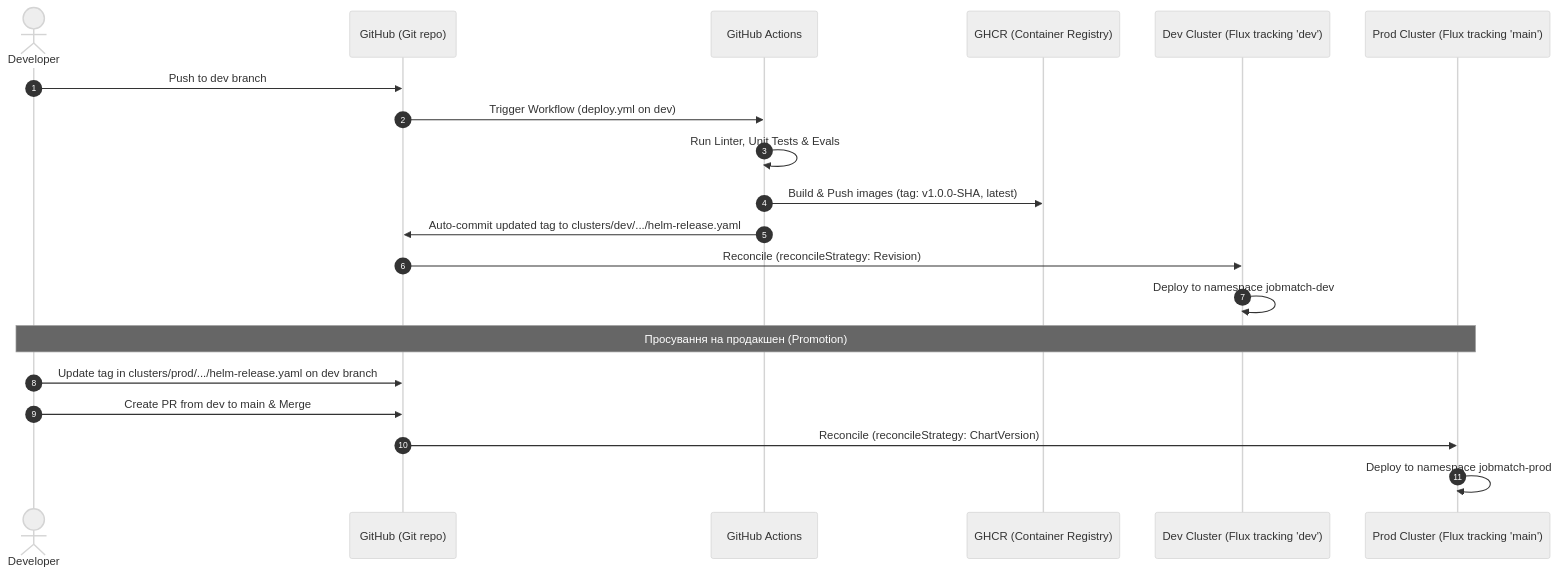
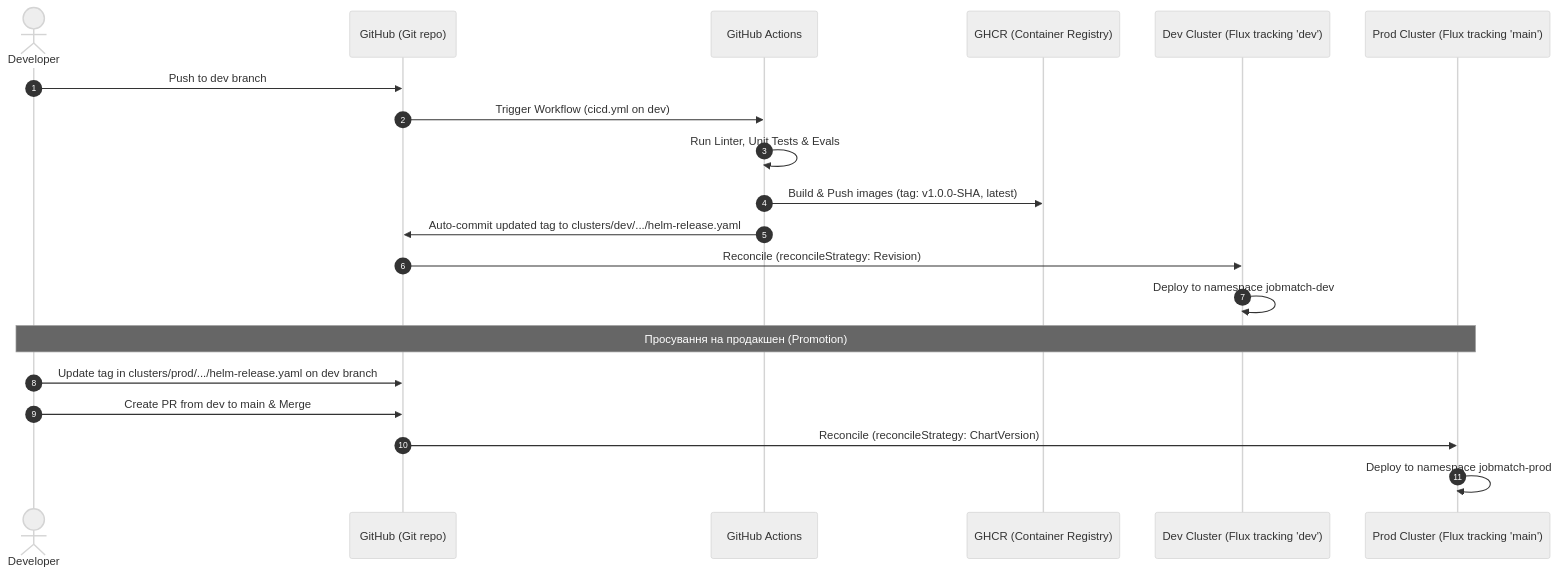
Before and after one commit to mkdir28/hackathon-devops: the third of 6 diagrams in doc/HLD.md, drawn with Mermaid (neutral theme). The commit also changed 13 other files, not shown here.

````diff
--- a/doc/HLD.md
+++ b/doc/HLD.md
@@ -77,24 +77,24 @@
 ```mermaid
 sequenceDiagram
     autonumber
     actor Dev as Developer
     participant Git as GitHub (Git repo)
     participant CI as GitHub Actions
     participant Registry as GHCR (Container Registry)
     participant DevCluster as Dev Cluster (Flux tracking 'dev')
     participant ProdCluster as Prod Cluster (Flux tracking 'main')
 
     Dev->>Git: Push to dev branch
-    Git->>CI: Trigger Workflow (deploy.yml on dev)
+    Git->>CI: Trigger Workflow (cicd.yml on dev)
     CI->>CI: Run Linter, Unit Tests & Evals
     CI->>Registry: Build & Push images (tag: v1.0.0-SHA, latest)
     CI->>Git: Auto-commit updated tag to clusters/dev/.../helm-release.yaml
     Git->>DevCluster: Reconcile (reconcileStrategy: Revision)
     DevCluster->>DevCluster: Deploy to namespace jobmatch-dev
 
     Note over Dev, ProdCluster: Просування на продакшен (Promotion)
     Dev->>Git: Update tag in clusters/prod/.../helm-release.yaml on dev branch
     Dev->>Git: Create PR from dev to main & Merge
     Git->>ProdCluster: Reconcile (reconcileStrategy: ChartVersion)
     ProdCluster->>ProdCluster: Deploy to namespace jobmatch-prod
 ```
````
